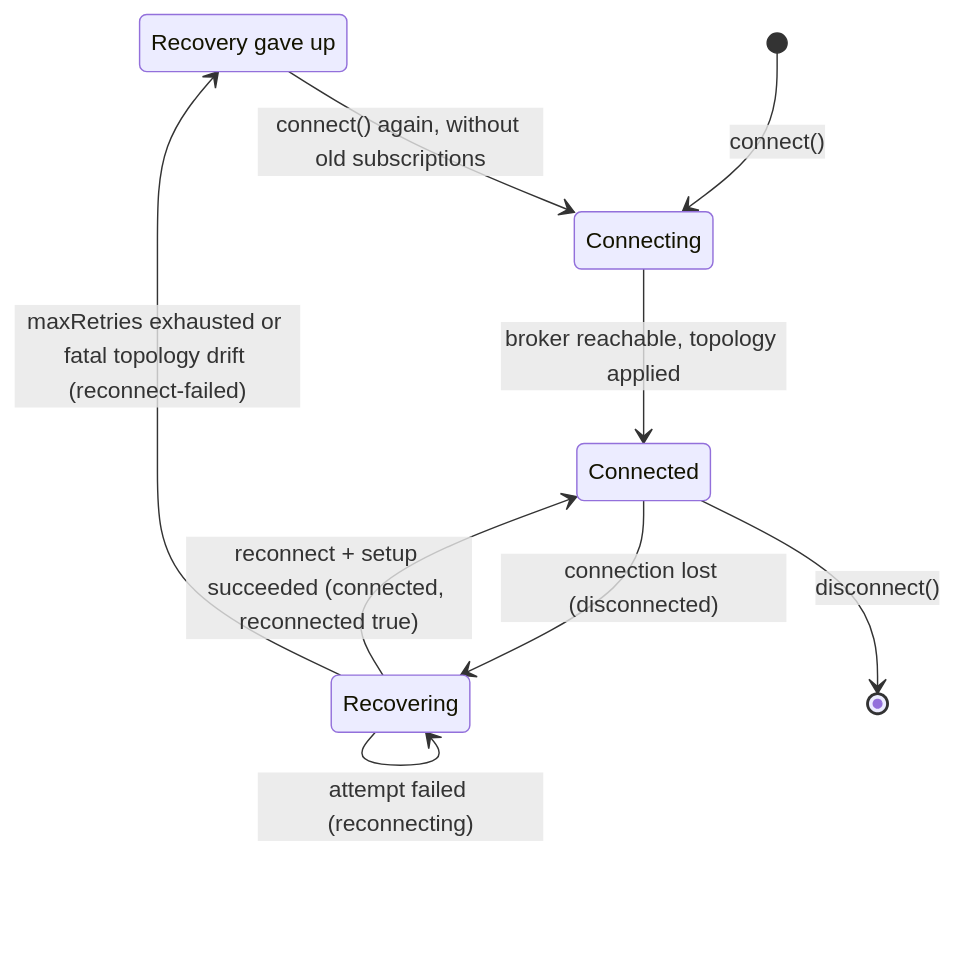
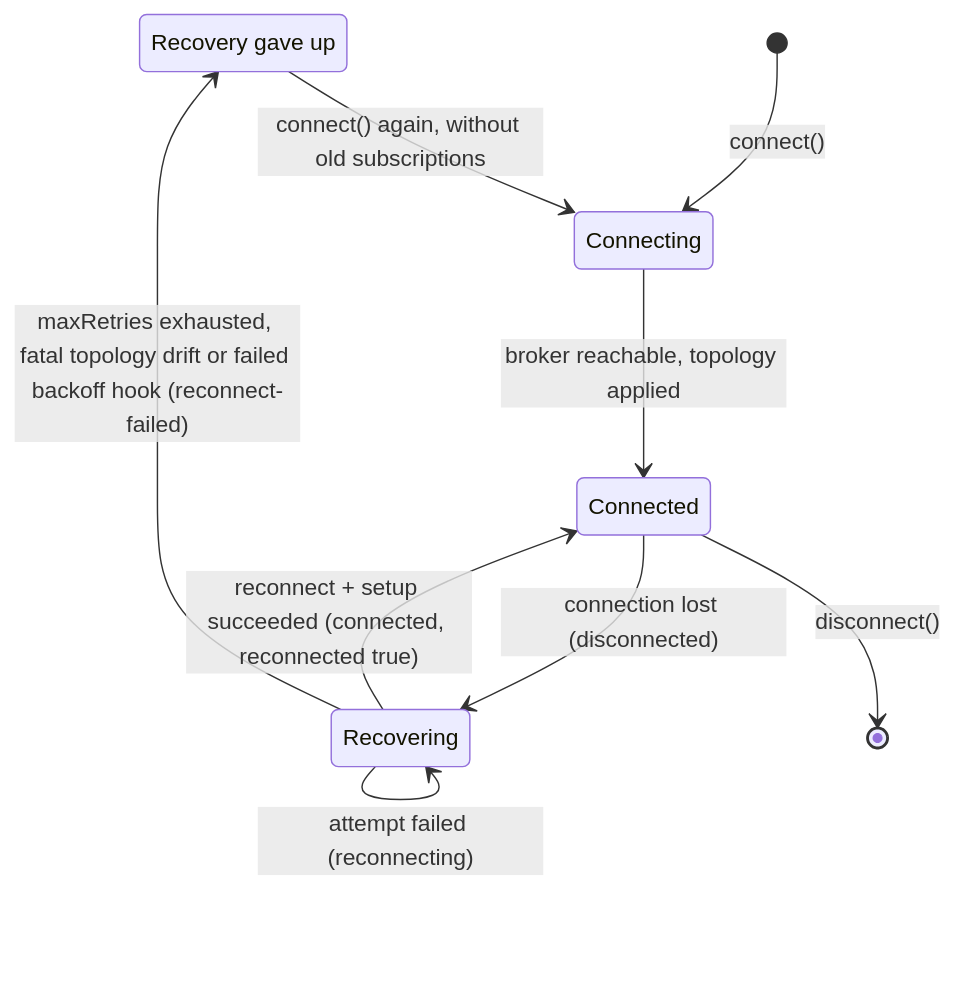
Before and after one commit to Connectum-Framework/docs: the diagram in en/guide/events/amqp-reliability.md, drawn with Mermaid. The commit also changed other lines of this file and 21 other files, not shown here.

First line of the commit message:
docs(events-amqp): recovery.backoff hook and the amqplib-run bounded initial connect (#106)

````diff
--- a/en/guide/events/amqp-reliability.md
+++ b/en/guide/events/amqp-reliability.md
@@ -154,12 +154,12 @@
 ```mermaid
 stateDiagram-v2
     state "Recovery gave up" as GaveUp
     [*] --> Connecting: connect()
     Connecting --> Connected: broker reachable, topology applied
     Connected --> Recovering: connection lost (disconnected)
     Recovering --> Connected: reconnect + setup succeeded (connected, reconnected true)
     Recovering --> Recovering: attempt failed (reconnecting)
-    Recovering --> GaveUp: maxRetries exhausted or fatal topology drift (reconnect-failed)
+    Recovering --> GaveUp: maxRetries exhausted, fatal topology drift or failed backoff hook (reconnect-failed)
     GaveUp --> Connecting: connect() again, without old subscriptions
     Connected --> [*]: disconnect()
 ```
````
